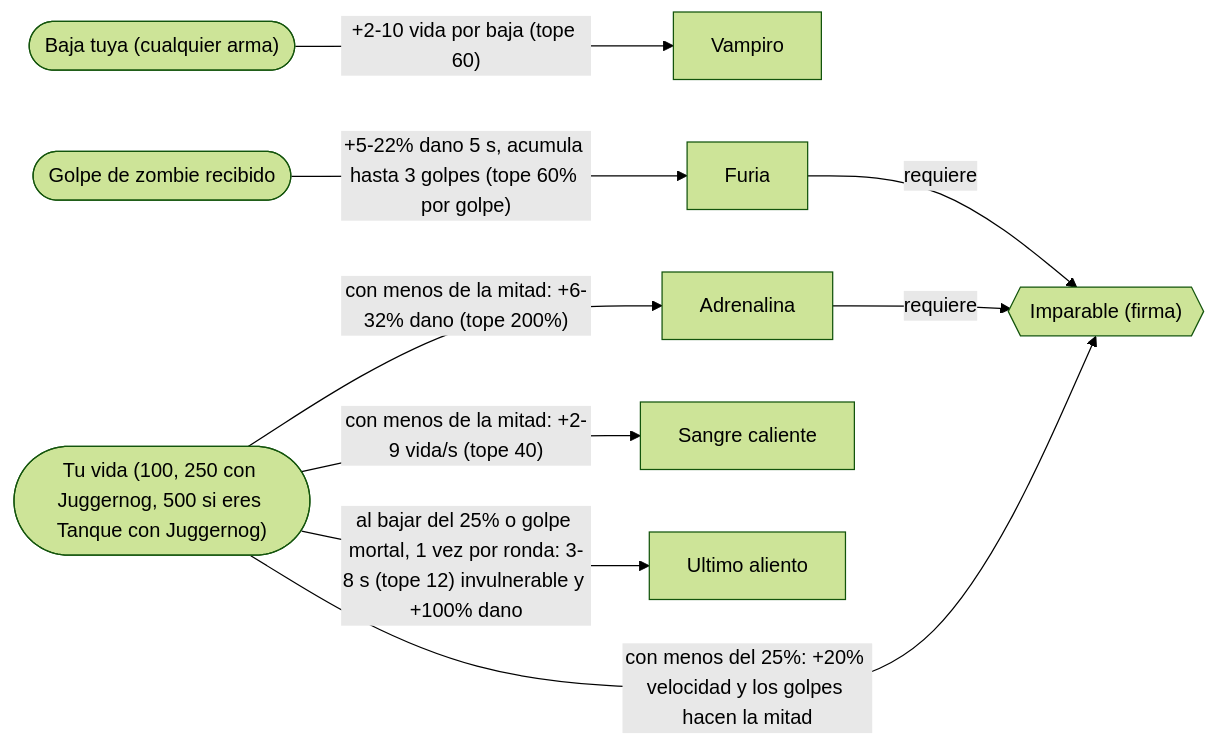
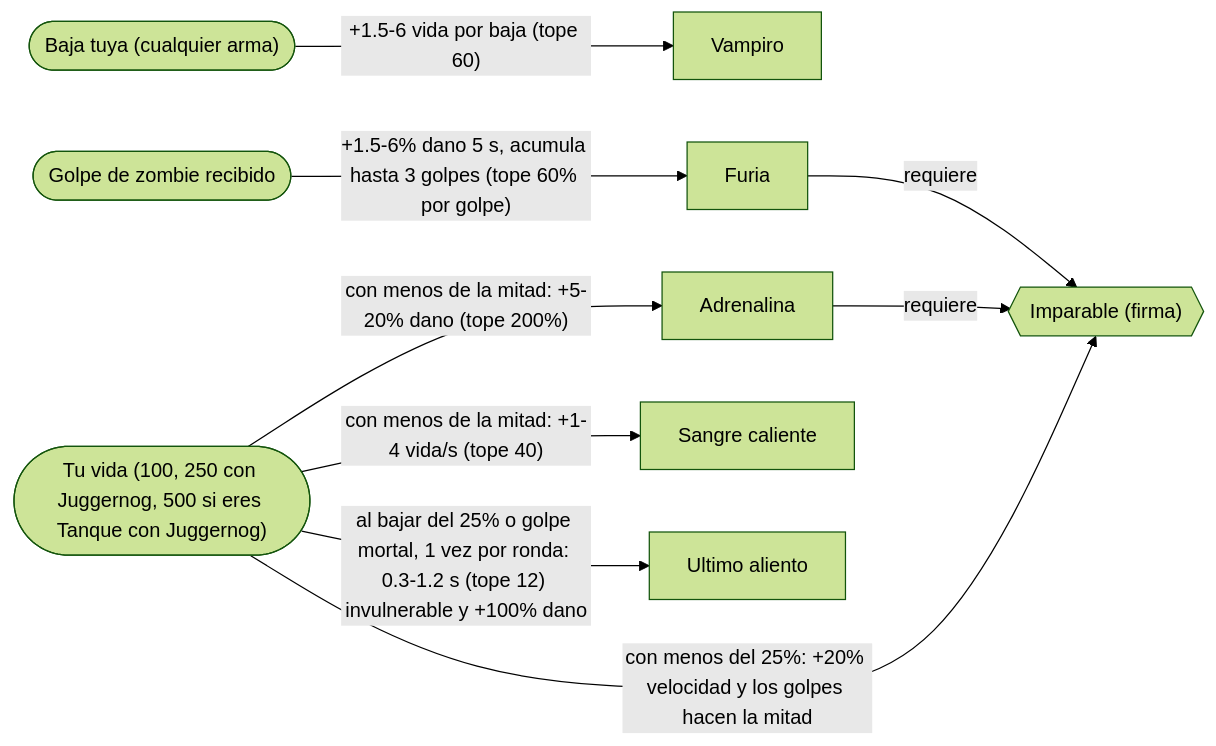
One commit to emailyasi1/bo2jodas changed the seventh of 15 diagrams in ARQUETIPOS.md. Above: the diagram before and after it, drawn with Mermaid (forest theme). The commit also changed other lines of this file and 12 other files, not shown here.

First line of the commit message:
1.10.10: 10 copias por carta, aguante de los zombies, dificultad (Maldicion), barra de vida

````diff
--- a/ARQUETIPOS.md
+++ b/ARQUETIPOS.md
@@ -279,20 +279,20 @@
 ```mermaid
 flowchart LR
     vampiro["Vampiro"]
     adrenalina["Adrenalina"]
     furia["Furia"]
     sangre["Sangre caliente"]
     ultimo["Ultimo aliento"]
     imparable{{"Imparable (firma)"}}
+    VIDA(["Tu vida (100, 250 con Juggernog, 500 si eres Tanque con Juggernog)"])
     BAJA(["Baja tuya (cualquier arma)"])
     GOLPE(["Golpe de zombie recibido"])
-    VIDA(["Tu vida (100, 250 con Juggernog, 500 si eres Tanque con Juggernog)"])
-    VIDA -->|"con menos de la mitad: +6-32% dano (tope 200%)"| adrenalina
-    VIDA -->|"con menos de la mitad: +2-9 vida/s (tope 40)"| sangre
-    GOLPE -->|"+5-22% dano 5 s, acumula hasta 3 golpes (tope 60% por golpe)"| furia
-    VIDA -->|"al bajar del 25% o golpe mortal, 1 vez por ronda: 3-8 s (tope 12) invulnerable y +100% dano"| ultimo
-    BAJA -->|"+2-10 vida por baja (tope 60)"| vampiro
+    VIDA -->|"con menos de la mitad: +5-20% dano (tope 200%)"| adrenalina
+    VIDA -->|"con menos de la mitad: +1-4 vida/s (tope 40)"| sangre
+    GOLPE -->|"+1.5-6% dano 5 s, acumula hasta 3 golpes (tope 60% por golpe)"| furia
+    VIDA -->|"al bajar del 25% o golpe mortal, 1 vez por ronda: 0.3-1.2 s (tope 12) invulnerable y +100% dano"| ultimo
+    BAJA -->|"+1.5-6 vida por baja (tope 60)"| vampiro
     adrenalina -->|"requiere"| imparable
     furia -->|"requiere"| imparable
     VIDA -->|"con menos del 25%: +20% velocidad y los golpes hacen la mitad"| imparable
 ```
````
